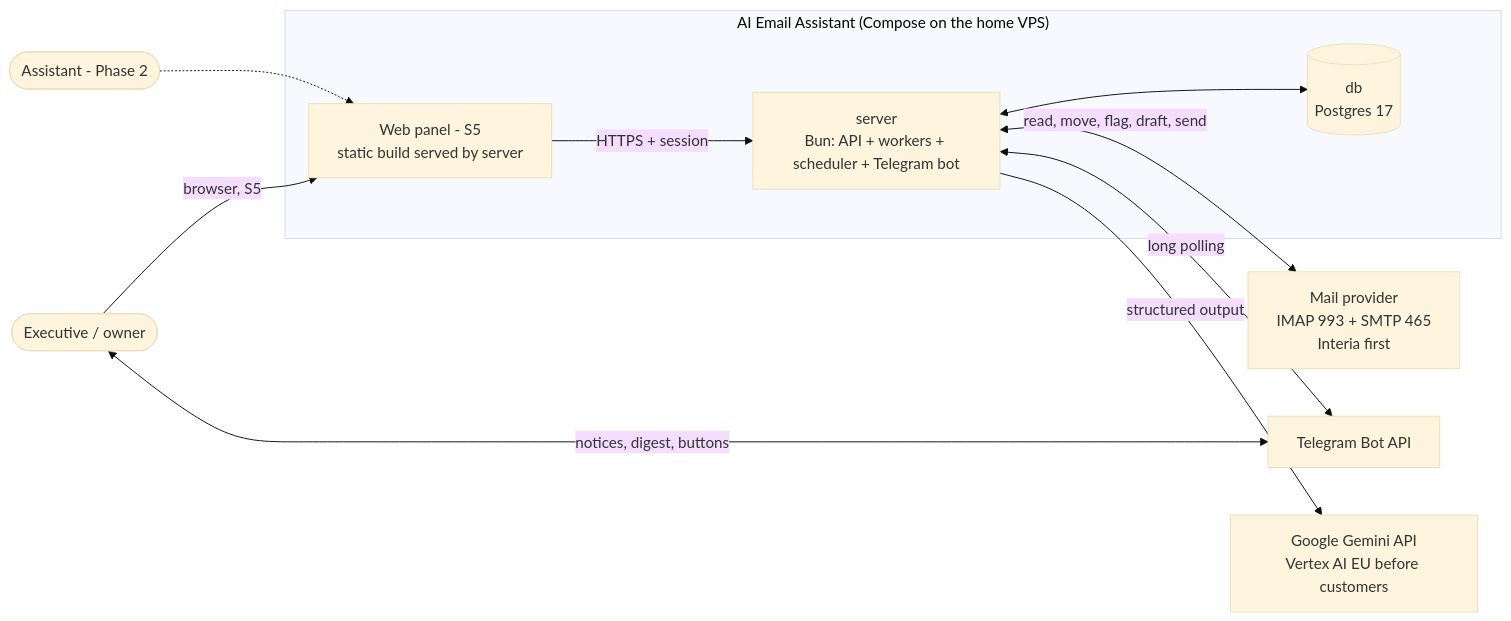
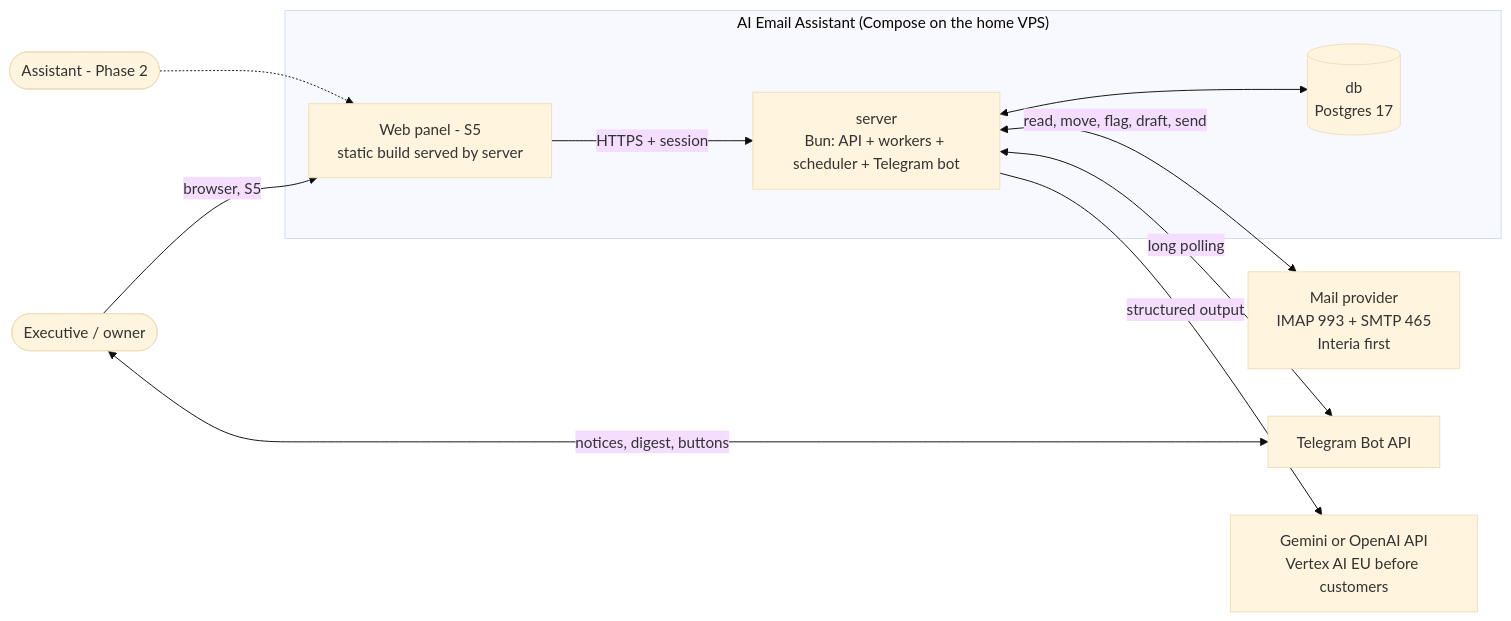
One commit to Artexs/email_assistant changed the first of 4 diagrams in docs/architecture.md. Above: the diagram before and after it, drawn with Mermaid (base theme). The commit also changed other lines of this file and 15 other files, not shown here.

````diff
--- a/docs/architecture.md
+++ b/docs/architecture.md
@@ -21,24 +21,24 @@
 ```mermaid
 graph LR
     Exec([Executive / owner])
     EA([Assistant - Phase 2])
 
     subgraph Product["AI Email Assistant (Compose on the home VPS)"]
         Server[server<br/>Bun: API + workers + scheduler + Telegram bot]
         DB[(db<br/>Postgres 17)]
         Web[Web panel - S5<br/>static build served by server]
     end
 
     Mail[Mail provider<br/>IMAP 993 + SMTP 465<br/>Interia first]
     TG[Telegram Bot API]
-    LLM[Google Gemini API<br/>Vertex AI EU before customers]
+    LLM[Gemini or OpenAI API<br/>Vertex AI EU before customers]
 
     Exec <-->|notices, digest, buttons| TG
     Exec -->|browser, S5| Web
     EA -.-> Web
     Web -->|HTTPS + session| Server
     Server <--> DB
     Server <-->|read, move, flag, draft, send| Mail
     Server <-->|long polling| TG
     Server -->|structured output| LLM
 ```
````
